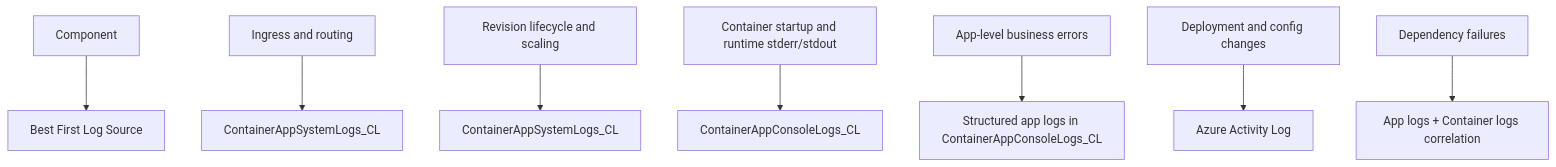
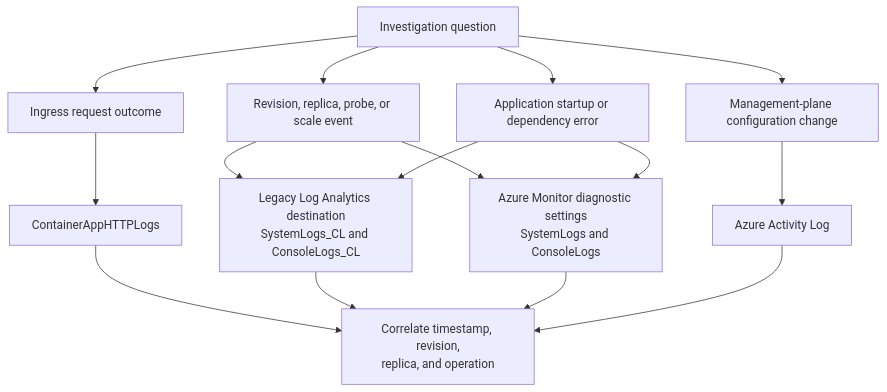
Before and after one commit to yeongseon/azure-container-apps-practical-guide: the fifth of 5 diagrams in docs/troubleshooting/architecture-overview.md, drawn with Mermaid. The commit also changed other lines of this file and 13 other files, not shown here.

Commit message:
docs(diagrams): migrate the Container Apps troubleshooting overview diagrams (#616)

````diff
--- a/docs/troubleshooting/architecture-overview.md
+++ b/docs/troubleshooting/architecture-overview.md
@@ -199,11 +257,28 @@
 ```mermaid
 flowchart TD
-    A[Component] --> B[Best First Log Source]
+    QUESTION[Investigation question]
+    HTTP[Ingress request outcome]
+    PLATFORM[Revision, replica, probe, or scale event]
+    APPLICATION[Application startup or dependency error]
+    CHANGE[Management-plane configuration change]
+    HTTPLOG[ContainerAppHTTPLogs]
+    LEGACY[Legacy Log Analytics destination<br/>SystemLogs_CL and ConsoleLogs_CL]
+    DIAG[Azure Monitor diagnostic settings<br/>SystemLogs and ConsoleLogs]
+    ACTIVITY[Azure Activity Log]
+    CORRELATE[Correlate timestamp, revision,<br/>replica, and operation]
 
-    C[Ingress and routing] --> D[ContainerAppSystemLogs_CL]
-    E[Revision lifecycle and scaling] --> F[ContainerAppSystemLogs_CL]
-    G[Container startup and runtime stderr/stdout] --> H[ContainerAppConsoleLogs_CL]
-    I[App-level business errors] --> J[Structured app logs in ContainerAppConsoleLogs_CL]
-    K[Deployment and config changes] --> L[Azure Activity Log]
-    M[Dependency failures] --> N[App logs + Container logs correlation]
+    QUESTION --> HTTP
+    QUESTION --> PLATFORM
+    QUESTION --> APPLICATION
+    QUESTION --> CHANGE
+    HTTP --> HTTPLOG
+    PLATFORM --> LEGACY
+    PLATFORM --> DIAG
+    APPLICATION --> LEGACY
+    APPLICATION --> DIAG
+    CHANGE --> ACTIVITY
+    HTTPLOG --> CORRELATE
+    LEGACY --> CORRELATE
+    DIAG --> CORRELATE
+    ACTIVITY --> CORRELATE
 ```
````
